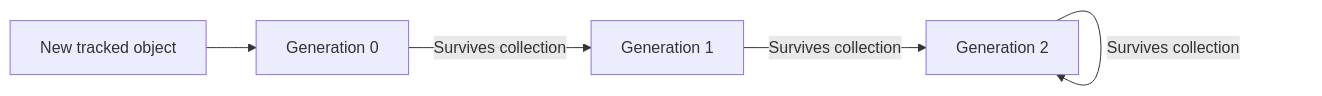
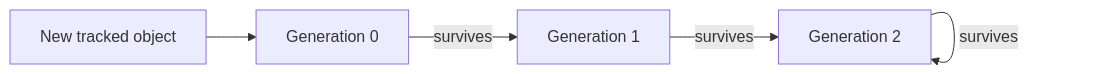
Before and after one commit to AvadhBhalodiya/Interview-Preparation: the fourth of 5 diagrams in src/content/python/garbage-collection.md, drawn with Mermaid. The commit also changed other lines of this file and 80 other files, not shown here.

````diff
--- a/src/content/python/garbage-collection.md
+++ b/src/content/python/garbage-collection.md
@@ -461,8 +223,7 @@
 ```mermaid
 flowchart LR
-    A[New tracked object] --> G0[Generation 0]
-
-    G0 -->|Survives collection| G1[Generation 1]
-    G1 -->|Survives collection| G2[Generation 2]
-    G2 -->|Survives collection| G2
+    NEW[New tracked object] --> G0[Generation 0]
+    G0 -->|survives| G1[Generation 1]
+    G1 -->|survives| G2[Generation 2]
+    G2 -->|survives| G2
 ```
````
